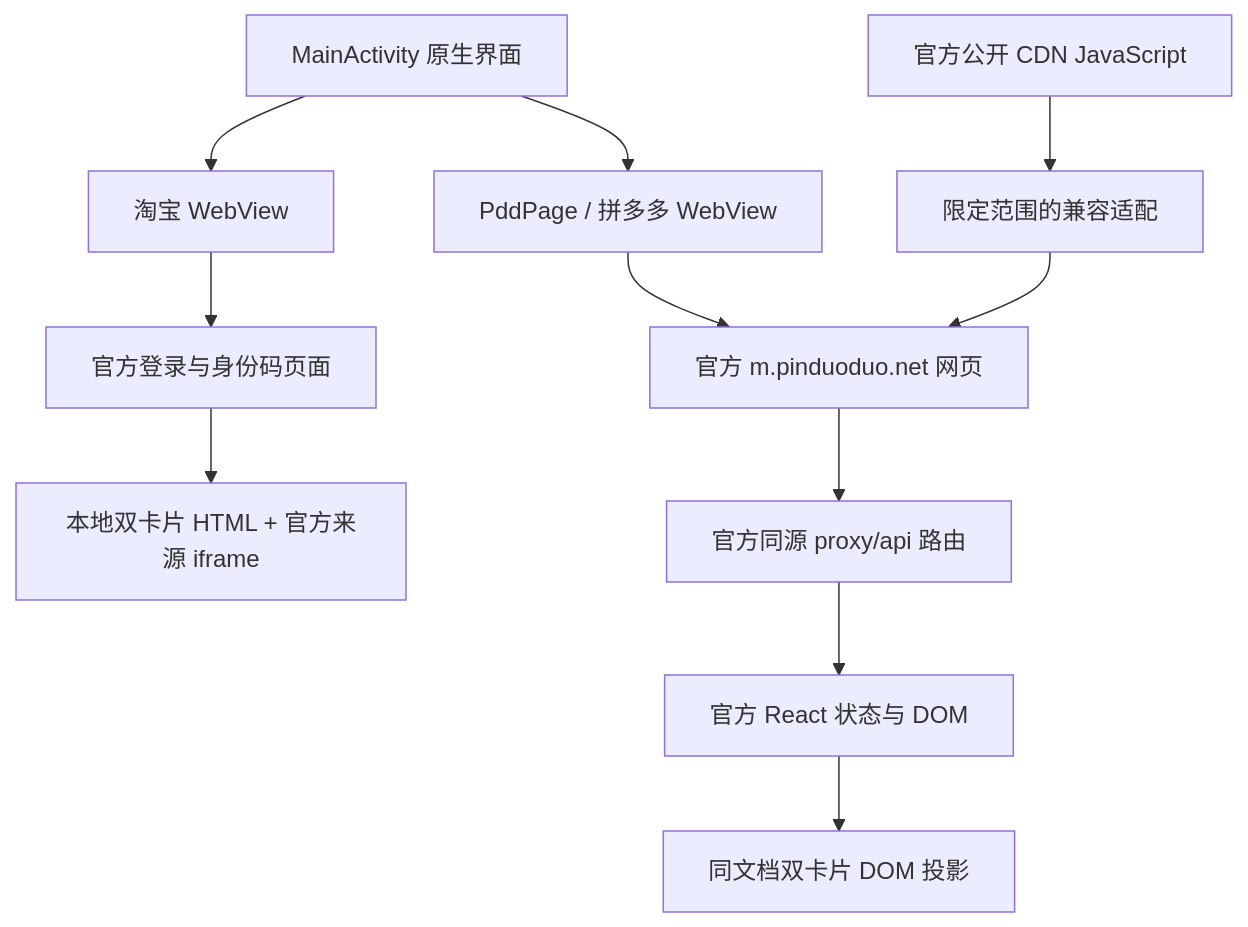
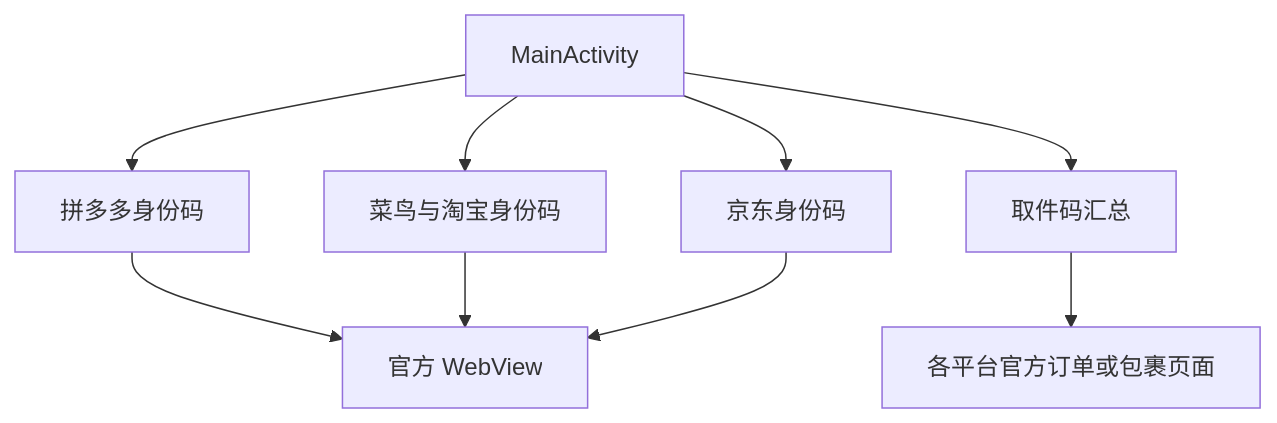
Before and after one commit to l-egend/handycode: the diagram in README.md, drawn with Mermaid. The commit also changed other lines of this file, not shown here.

````diff
--- a/README.md
+++ b/README.md
@@ -52,13 +56,11 @@
 ```mermaid
 flowchart TD
-    A[MainActivity 原生界面] --> B[淘宝 WebView]
-    A --> C[PddPage / 拼多多 WebView]
-    B --> D[官方登录与身份码页面]
-    D --> E[本地双卡片 HTML + 官方来源 iframe]
-    C --> F[官方 m.pinduoduo.net 网页]
-    F --> G[官方同源 proxy/api 路由]
-    G --> H[官方 React 状态与 DOM]
-    H --> I[同文档双卡片 DOM 投影]
-    J[官方公开 CDN JavaScript] --> K[限定范围的兼容适配]
-    K --> F
+    A[MainActivity] --> B[拼多多身份码]
+    A --> C[菜鸟与淘宝身份码]
+    A --> D[京东身份码]
+    A --> E[取件码汇总]
+    B --> F[官方 WebView]
+    C --> F
+    D --> F
+    E --> G[各平台官方订单或包裹页面]
 ```
````
